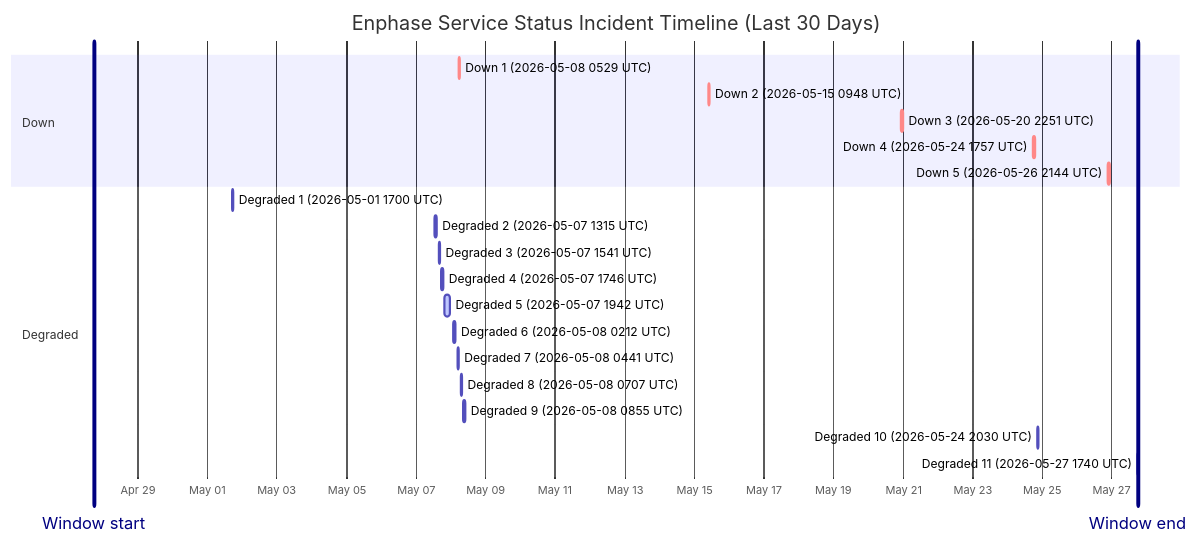
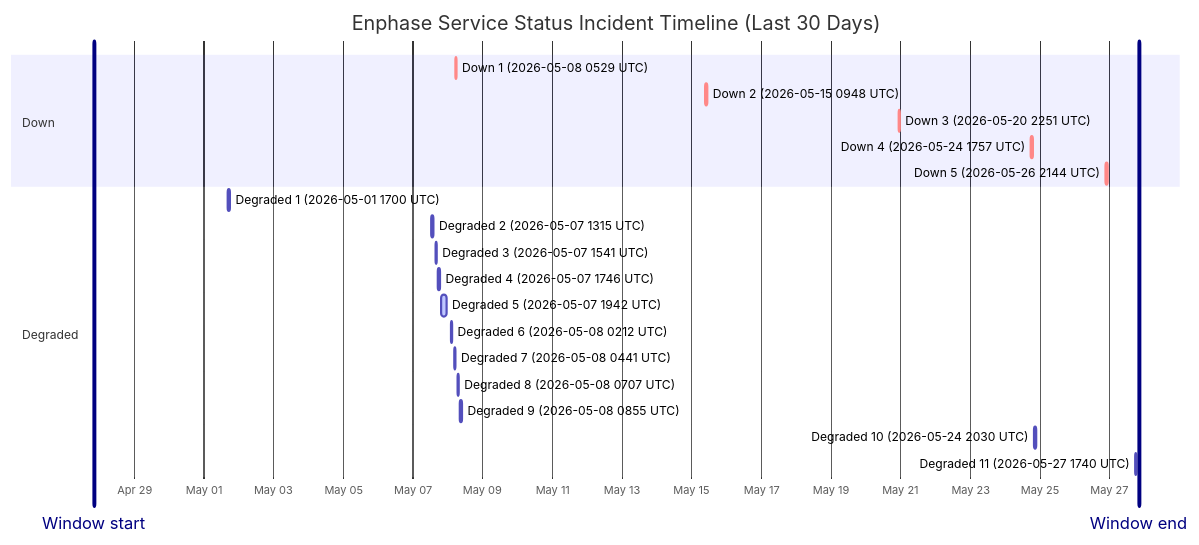
The diagram in wiki/Service-Status-History.md (barneyonline/ha-enphase-ev-charger), drawn with Mermaid before and after one commit. The commit also changed other lines of this file and 5 other files, not shown here.

````diff
--- a/wiki/Service-Status-History.md
+++ b/wiki/Service-Status-History.md
@@ -14,26 +14,26 @@
 ```mermaid
 gantt
     title Enphase Service Status Incident Timeline (Last 30 Days)
     dateFormat  YYYY-MM-DDTHH:mm:ss
     axisFormat  %b %d
-    Window start :vert, window-start, 2026-04-27T17:40:52, 0ms
-    Window end :vert, window-end, 2026-05-27T17:40:52, 0ms
+    Window start :vert, window-start, 2026-04-27T20:13:37, 0ms
+    Window end :vert, window-end, 2026-05-27T20:13:37, 0ms
     section Down
     Down 1 (2026-05-08 0529 UTC) :crit, down-1, 2026-05-08T05:29:47, 60m
     Down 2 (2026-05-15 0948 UTC) :crit, down-2, 2026-05-15T09:48:18, 60m
     Down 3 (2026-05-20 2251 UTC) :crit, down-3, 2026-05-20T22:51:14, 75m
     Down 4 (2026-05-24 1757 UTC) :crit, down-4, 2026-05-24T17:57:41, 86m
     Down 5 (2026-05-26 2144 UTC) :crit, down-5, 2026-05-26T21:44:11, 85m
     section Degraded
     Degraded 1 (2026-05-01 1700 UTC) :active, degraded-1, 2026-05-01T17:00:22, 60m
     Degraded 2 (2026-05-07 1315 UTC) :active, degraded-2, 2026-05-07T13:15:25, 60m
     Degraded 3 (2026-05-07 1541 UTC) :active, degraded-3, 2026-05-07T15:41:58, 60m
     Degraded 4 (2026-05-07 1746 UTC) :active, degraded-4, 2026-05-07T17:46:51, 60m
     Degraded 5 (2026-05-07 1942 UTC) :active, degraded-5, 2026-05-07T19:42:10, 249m
     Degraded 6 (2026-05-08 0212 UTC) :active, degraded-6, 2026-05-08T02:12:39, 60m
     Degraded 7 (2026-05-08 0441 UTC) :active, degraded-7, 2026-05-08T04:41:46, 60m
     Degraded 8 (2026-05-08 0707 UTC) :active, degraded-8, 2026-05-08T07:07:30, 60m
     Degraded 9 (2026-05-08 0855 UTC) :active, degraded-9, 2026-05-08T08:55:20, 88m
     Degraded 10 (2026-05-24 2030 UTC) :active, degraded-10, 2026-05-24T20:30:57, 84m
     Degraded 11 (2026-05-27 1740 UTC) :active, degraded-11, 2026-05-27T17:40:52, 60m
 ```
````
